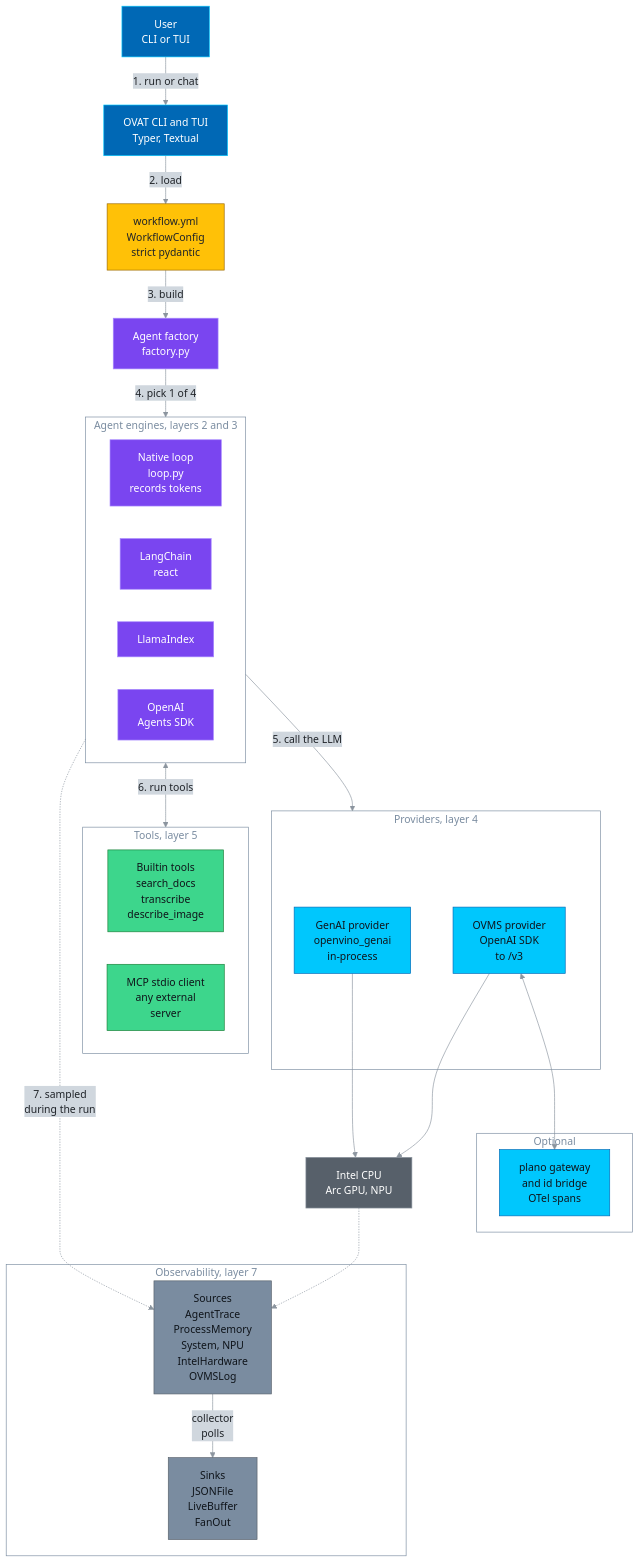
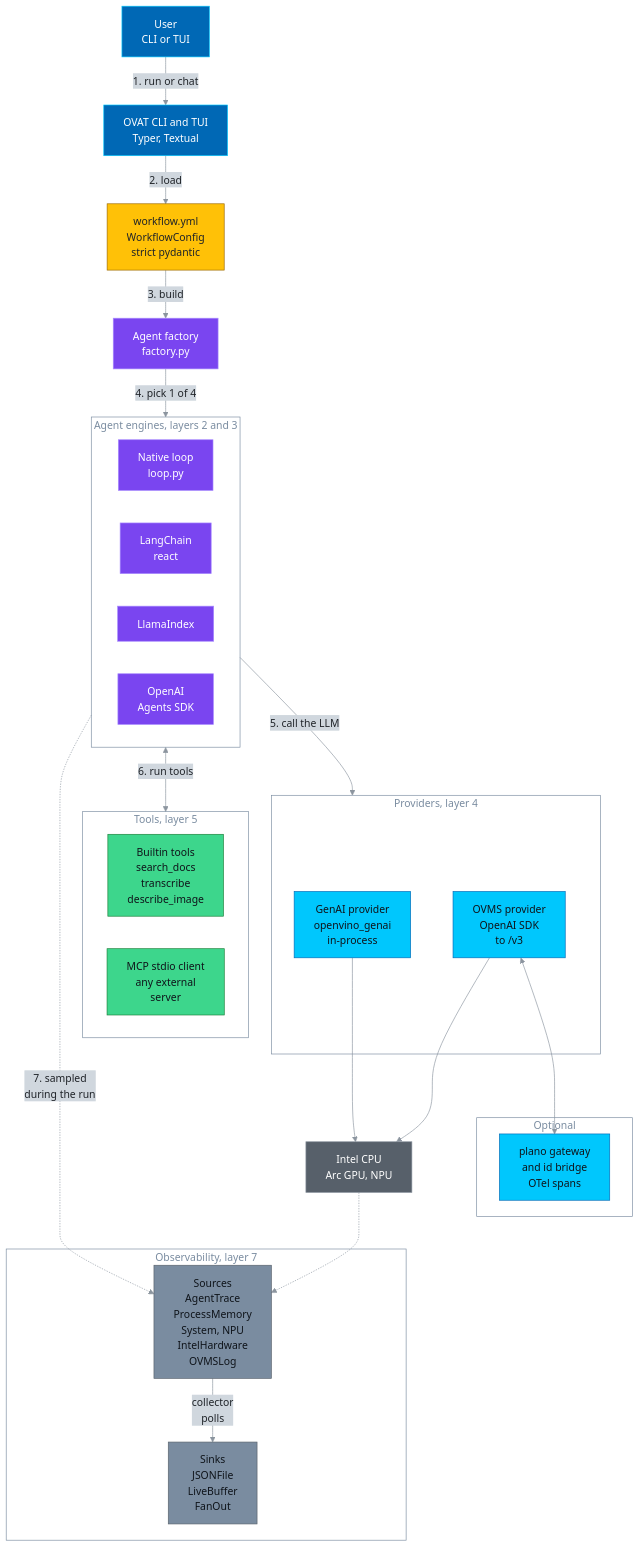
One commit to Lagmator22/ovat changed the first of 11 diagrams in docs/ARCHITECTURE.md. Above: the diagram before and after it, drawn with Mermaid. The commit also changed other lines of this file and 3 other files, not shown here.

````diff
--- a/docs/ARCHITECTURE.md
+++ b/docs/ARCHITECTURE.md
@@ -87,60 +87,60 @@
 ```mermaid
 %%{init: {"theme": "base", "themeVariables": {"primaryColor": "#D0D7DE", "primaryTextColor": "#1F2328", "primaryBorderColor": "#8C959F", "lineColor": "#8C959F", "textColor": "#1F2328", "edgeLabelBackground": "#D0D7DE", "clusterBkg": "transparent", "clusterBorder": "#7A8CA0", "titleColor": "#7A8CA0"}}}%%
 flowchart TD
     User["User<br/>CLI or TUI"] -->|"1. run or chat"| CLI["OVAT CLI and TUI<br/>Typer, Textual"]
     CLI -->|"2. load"| Config["workflow.yml<br/>WorkflowConfig<br/>strict pydantic"]
     Config -->|"3. build"| Factory["Agent factory<br/>factory.py"]
     Factory -->|"4. pick 1 of 4"| Engines
 
     subgraph Engines ["Agent engines, layers 2 and 3"]
-        Native["Native loop<br/>loop.py<br/>records tokens"]
+        Native["Native loop<br/>loop.py"]
         LangChain["LangChain<br/>react"]
         LlamaIndex["LlamaIndex"]
         OpenAIAgents["OpenAI<br/>Agents SDK"]
     end
 
     Engines -->|"5. call the LLM"| Providers
     Engines <-->|"6. run tools"| Tools
 
     subgraph Providers ["Providers, layer 4"]
         GenAI["GenAI provider<br/>openvino_genai<br/>in-process"]
         OVMS["OVMS provider<br/>OpenAI SDK<br/>to /v3"]
     end
 
     subgraph Tools ["Tools, layer 5"]
         Builtin["Builtin tools<br/>search_docs<br/>transcribe<br/>describe_image"]
         MCP["MCP stdio client<br/>any external<br/>server"]
     end
 
     subgraph Gateway ["Optional"]
         Plano["plano gateway<br/>and id bridge<br/>OTel spans"]
     end
 
     OVMS <--> Plano
     GenAI --> Hardware["Intel CPU<br/>Arc GPU, NPU"]
     OVMS --> Hardware
 
     subgraph Telemetry ["Observability, layer 7"]
         Sources["Sources<br/>AgentTrace<br/>ProcessMemory<br/>System, NPU<br/>IntelHardware<br/>OVMSLog"]
         Sinks["Sinks<br/>JSONFile<br/>LiveBuffer<br/>FanOut"]
         Sources -->|"collector<br/>polls"| Sinks
     end
 
     Engines -.->|"7. sampled<br/>during the run"| Sources
     Hardware -.-> Sources
 
     classDef cli fill:#0068B5,stroke:#00C7FD,color:#FFFFFF
     classDef config fill:#FFC107,stroke:#9A6700,color:#1F2328
     classDef engine fill:#7A45F0,stroke:#A98BFF,color:#FFFFFF
     classDef backend fill:#00C7FD,stroke:#0068B5,color:#0F141A
     classDef tool fill:#3DD68C,stroke:#1A7F37,color:#0F141A
     classDef telemetry fill:#7A8CA0,stroke:#57606A,color:#0F141A
     classDef hw fill:#57606A,stroke:#8C959F,color:#FFFFFF
     class User,CLI cli
     class Config config
     class Factory,Native,LangChain,LlamaIndex,OpenAIAgents engine
     class GenAI,OVMS,Plano backend
     class Builtin,MCP tool
     class Sources,Sinks telemetry
     class Hardware hw
 ```
````
